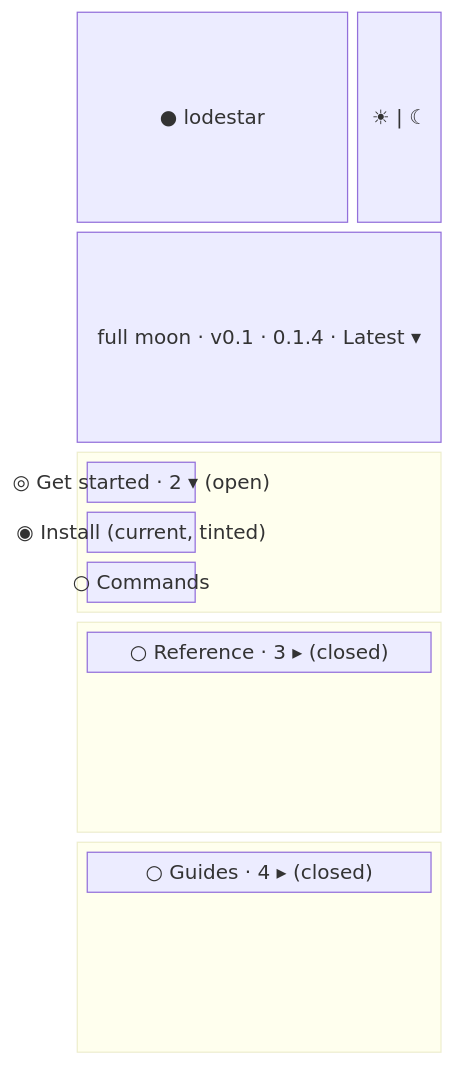
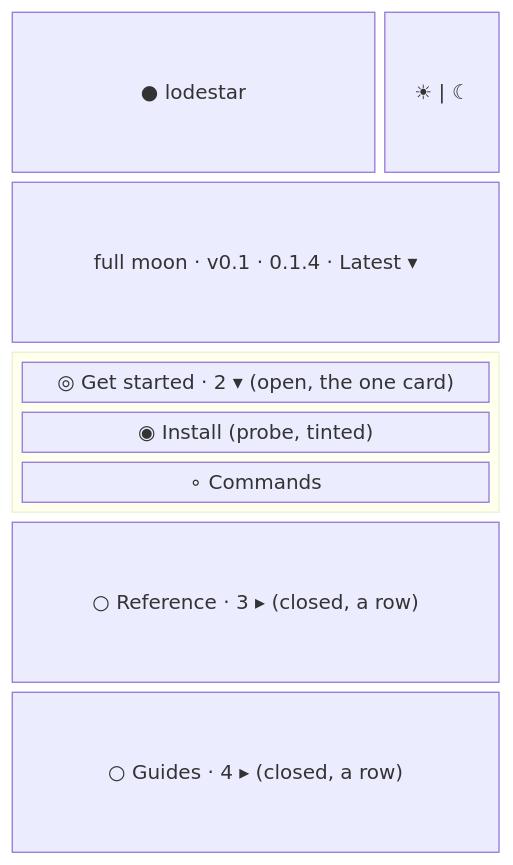
Before and after one commit to nepal-dev-com/docs.nepal-dev.com: the second of 3 diagrams in content/docs/maintain/app-flow/one-open-station.mdx, drawn with Mermaid. The commit also changed other lines of this file and 85 other files, not shown here.

````diff
--- a/content/docs/maintain/app-flow/one-open-station.mdx
+++ b/content/docs/maintain/app-flow/one-open-station.mdx
@@ -51,20 +52,14 @@
 ```mermaid
 block-beta
   columns 4
   chip["● lodestar"]:3 sw["☀ | ☾"]:1
   moon["full moon · v0.1 · 0.1.4 · Latest ▾"]:4
-  block:s1:4
+  block:card:4
     columns 4
-    h1["◎ Get started · 2 ▾ (open)"]:4
-    p1["  ◉ Install (current, tinted)"]:4
-    p2[" ○ Commands"]:4
+    h1["◎ Get started · 2 ▾ (open, the one card)"]:4
+    p1["  ◉ Install (probe, tinted)"]:4
+    p2[" ∘ Commands"]:4
   end
-  block:s2:4
-    columns 4
-    h2["○ Reference · 3 ▸ (closed)"]:4
-  end
-  block:s3:4
-    columns 4
-    h3["○ Guides · 4 ▸ (closed)"]:4
-  end
+  h2["○ Reference · 3 ▸ (closed, a row)"]:4
+  h3["○ Guides · 4 ▸ (closed, a row)"]:4
 ```
````
